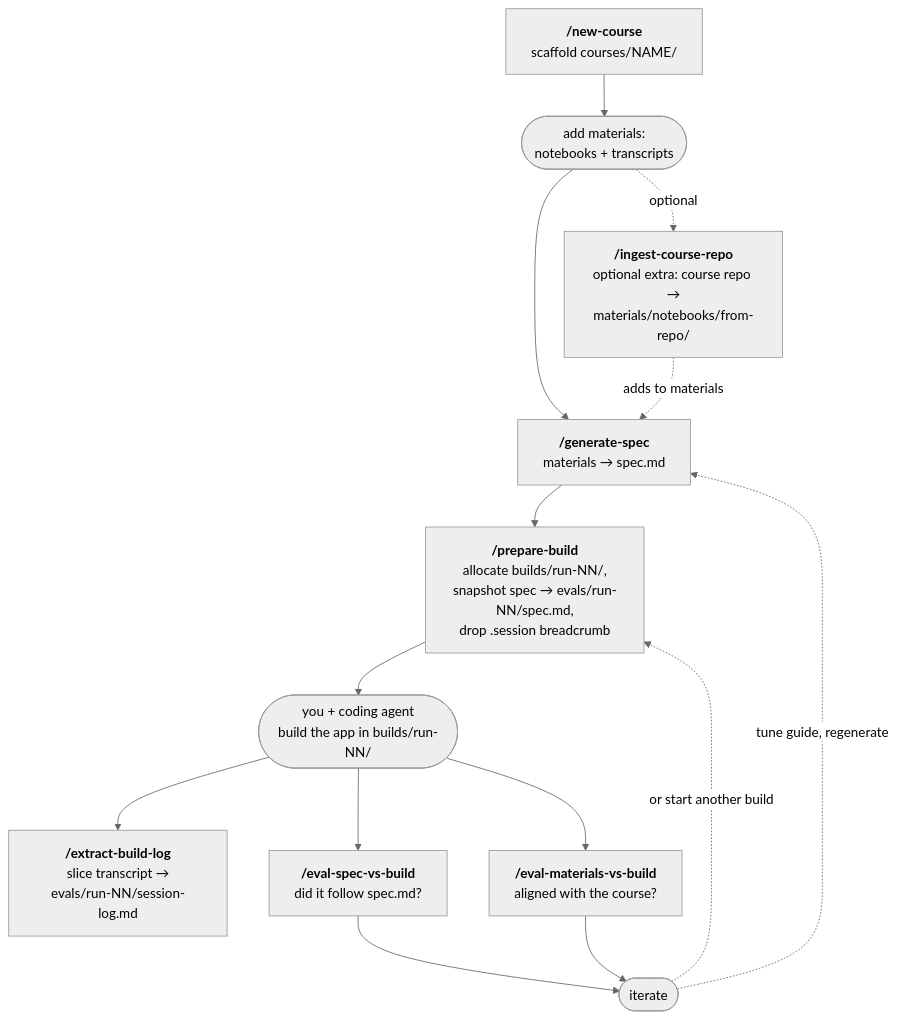
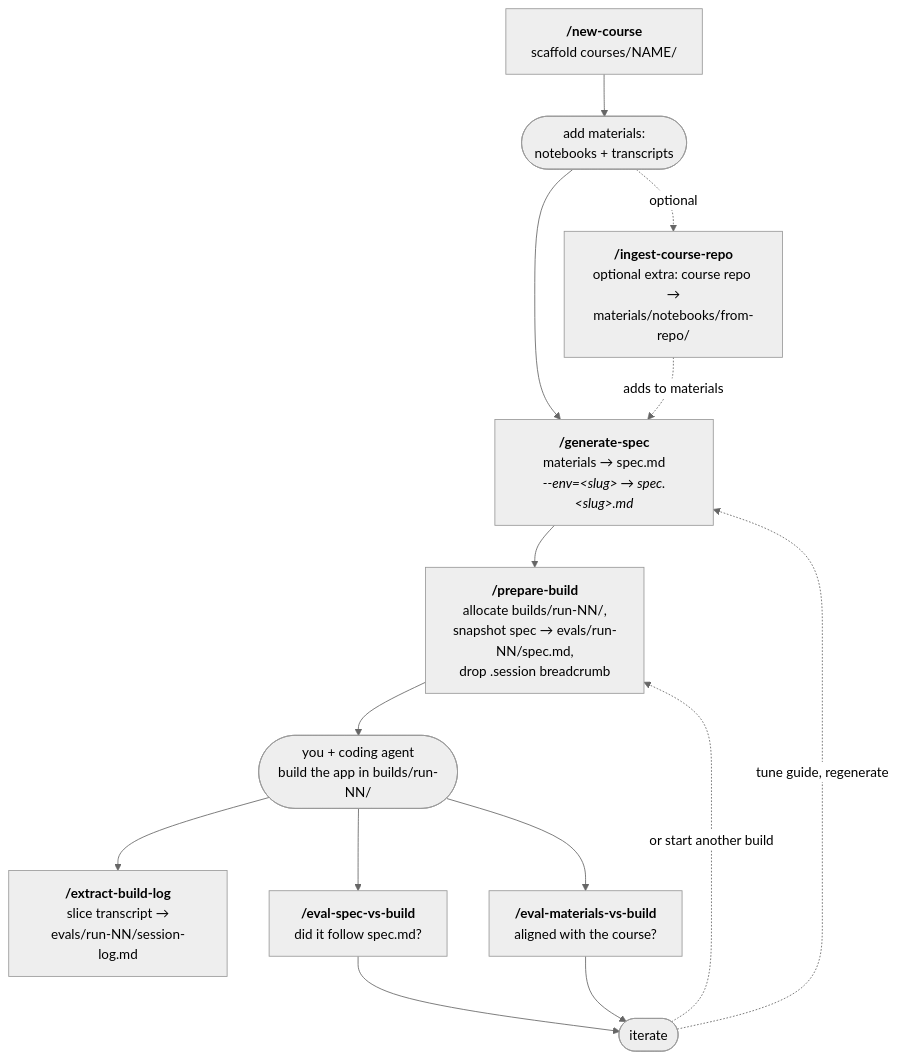
One commit to https-deeplearning-ai/spec-build-lab changed the diagram in README.md. Above: the diagram before and after it, drawn with Mermaid (neutral theme). The commit also changed other lines of this file and 7 other files, not shown here.

````diff
--- a/README.md
+++ b/README.md
@@ -76,22 +80,22 @@
 ```mermaid
 flowchart TD
     NC["<b>/new-course</b><br/>scaffold courses/NAME/"]
     MAT(["add materials:<br/>notebooks + transcripts"])
     ICR["<b>/ingest-course-repo</b><br/>optional extra: course repo →<br/>materials/notebooks/from-repo/"]
-    GS["<b>/generate-spec</b><br/>materials → spec.md"]
+    GS["<b>/generate-spec</b><br/>materials → spec.md<br/><i>--env=&lt;slug&gt; → spec.&lt;slug&gt;.md</i>"]
     PB["<b>/prepare-build</b><br/>allocate builds/run-NN/,<br/>snapshot spec → evals/run-NN/spec.md,<br/>drop .session breadcrumb"]
     OP(["you + coding agent<br/>build the app in builds/run-NN/"])
     EBL["<b>/extract-build-log</b><br/>slice transcript →<br/>evals/run-NN/session-log.md"]
     ESB["<b>/eval-spec-vs-build</b><br/>did it follow spec.md?"]
     EMB["<b>/eval-materials-vs-build</b><br/>aligned with the course?"]
     IT(["iterate"])
 
     NC --> MAT --> GS --> PB --> OP --> EBL
     MAT -. optional .-> ICR
     ICR -. adds to materials .-> GS
     OP --> ESB & EMB
     ESB --> IT
     EMB --> IT
     IT -. tune guide, regenerate .-> GS
     IT -. or start another build .-> PB
 ```
````
